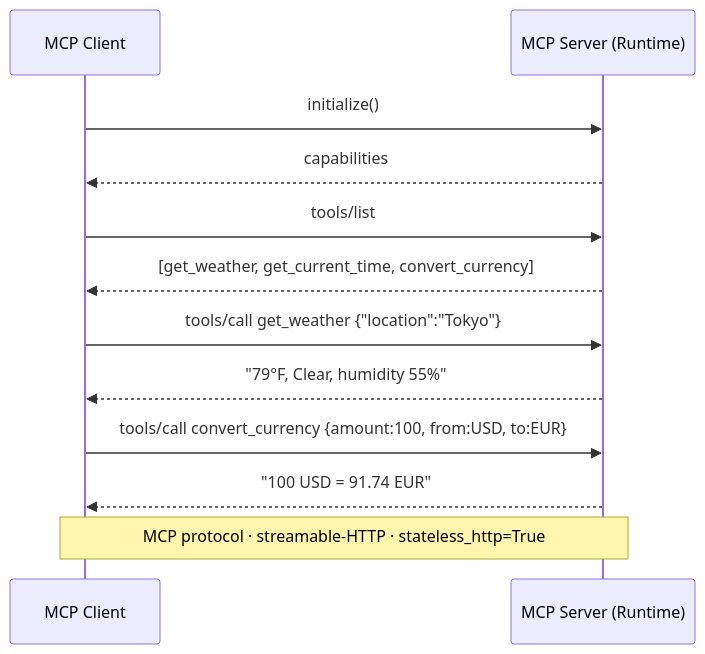
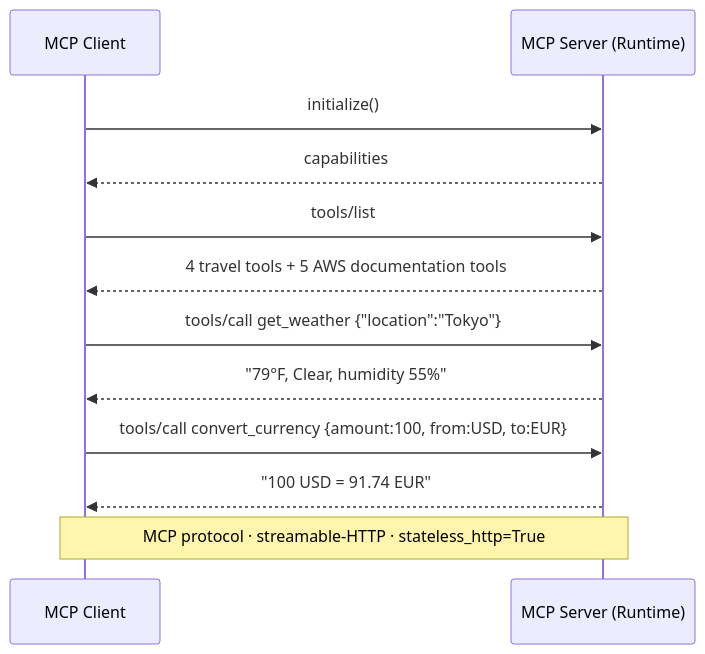
Before and after one commit to anveshmuppeda/agents-on-aws: the second of 3 diagrams in 01-runtime/011-runtime-mcp-server/README.md, drawn with Mermaid. The commit also changed other lines of this file, not shown here.

````diff
--- a/01-runtime/011-runtime-mcp-server/README.md
+++ b/01-runtime/011-runtime-mcp-server/README.md
@@ -50,18 +47,18 @@
 ```mermaid
 sequenceDiagram
     participant C  as MCP Client
     participant S  as MCP Server (Runtime)
 
     C  ->> S  : initialize()
     S -->> C  : capabilities
 
     C  ->> S  : tools/list
-    S -->> C  : [get_weather, get_current_time, convert_currency]
+    S -->> C  : 4 travel tools + 5 AWS documentation tools
 
     C  ->> S  : tools/call get_weather {"location":"Tokyo"}
     S -->> C  : "79°F, Clear, humidity 55%"
 
     C  ->> S  : tools/call convert_currency {amount:100, from:USD, to:EUR}
     S -->> C  : "100 USD = 91.74 EUR"
     note over C,S: MCP protocol · streamable-HTTP · stateless_http=True
 ```
````
